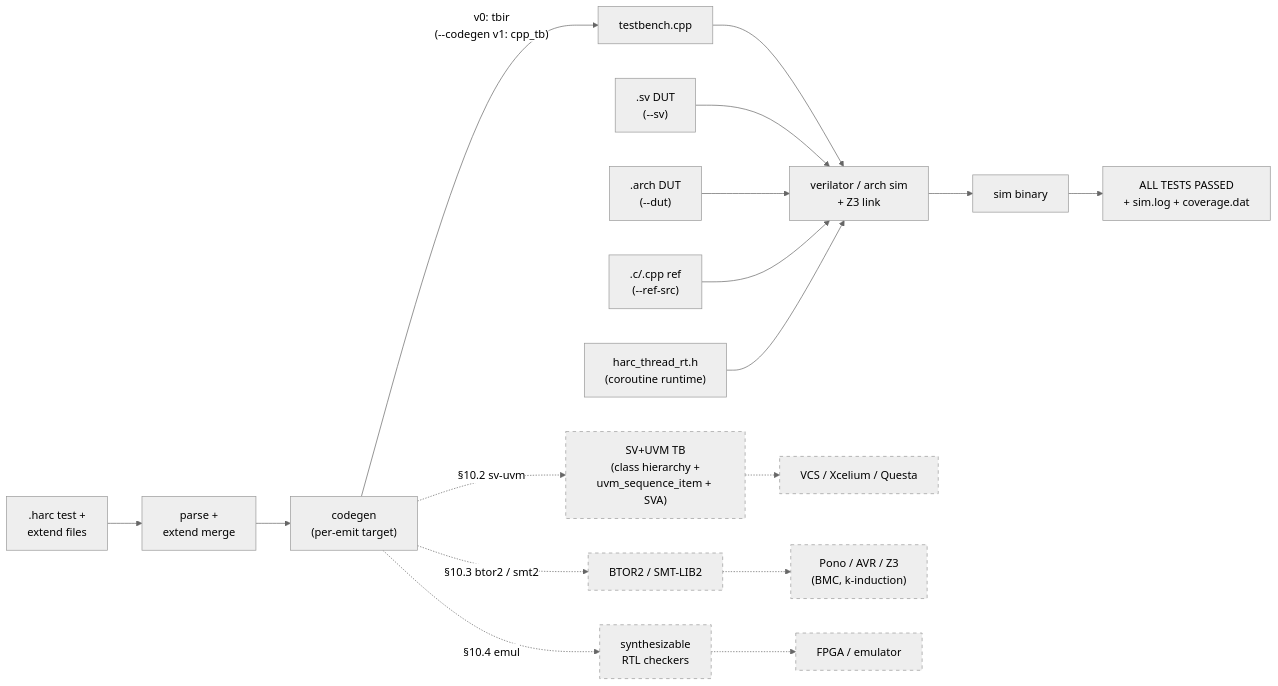
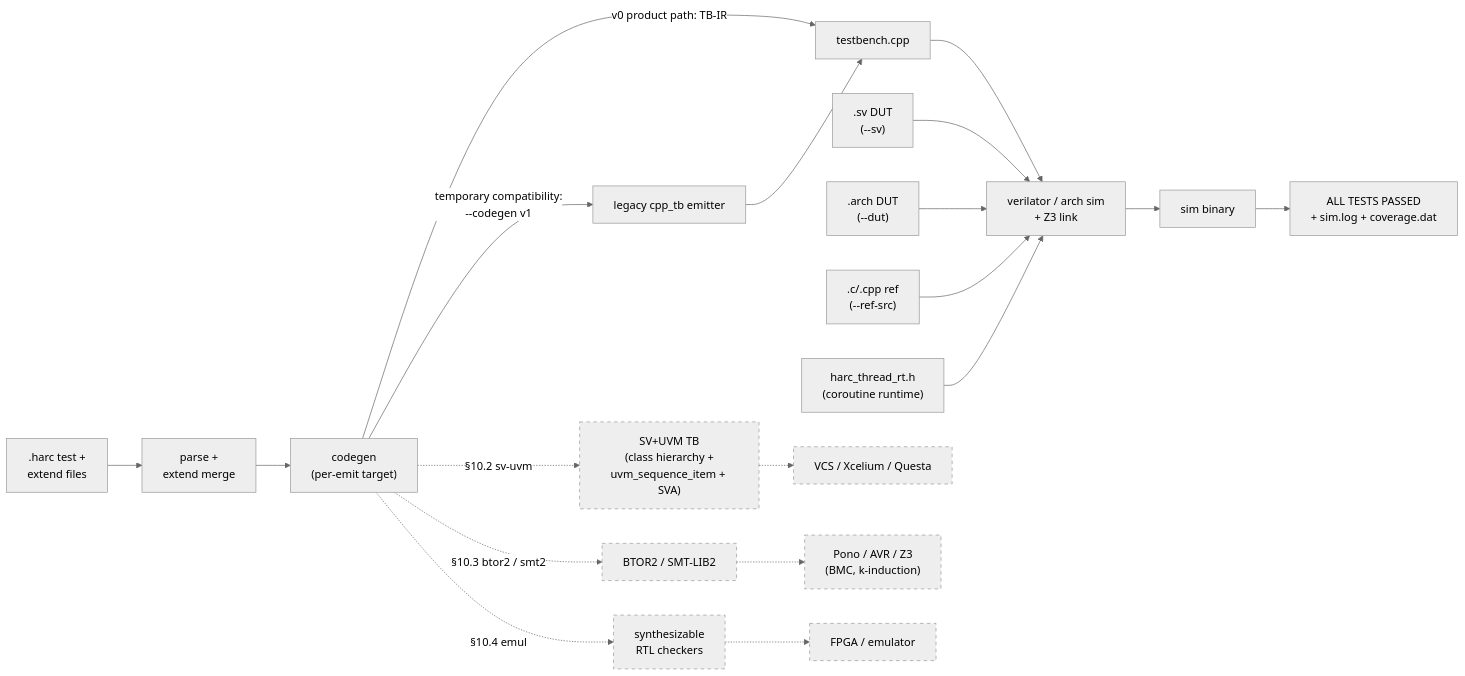
One commit to arch-hdl-lang/harc-com changed the diagram in README.md. Above: the diagram before and after it, drawn with Mermaid (neutral theme). The commit also changed other lines of this file and 7 other files, not shown here.

````diff
--- a/README.md
+++ b/README.md
@@ -138,36 +140,38 @@
 ```mermaid
 graph LR
     H[".harc test +<br/>extend files"]
     H --> Parse["parse +<br/>extend merge"]
     Parse --> Codegen["codegen<br/>(per-emit target)"]
 
-    Codegen -->|"v0: tbir<br/>(--codegen v1: cpp_tb)"| TB["testbench.cpp"]
+    Codegen -->|"v0 product path: TB-IR"| TB["testbench.cpp"]
+    Codegen -->|"temporary compatibility:<br/>--codegen v1"| V1["legacy cpp_tb emitter"]
+    V1 --> TB
     Codegen -.->|"§10.2 sv-uvm"| SVUVM["SV+UVM TB<br/>(class hierarchy +<br/>uvm_sequence_item + SVA)"]
     Codegen -.->|"§10.3 btor2 / smt2"| Formal["BTOR2 / SMT-LIB2"]
     Codegen -.->|"§10.4 emul"| Emul["synthesizable<br/>RTL checkers"]
 
     SV[".sv DUT<br/>(--sv)"]
     ARCH[".arch DUT<br/>(--dut)"]
     REF[".c/.cpp ref<br/>(--ref-src)"]
     RT["harc_thread_rt.h<br/>(coroutine runtime)"]
 
     TB --> Build["verilator / arch sim<br/>+ Z3 link"]
     SV --> Build
     ARCH --> Build
     REF --> Build
     RT --> Build
 
     Build --> Bin["sim binary"]
     Bin --> Out["ALL TESTS PASSED<br/>+ sim.log + coverage.dat"]
 
     SVUVM -.-> VendorSim["VCS / Xcelium / Questa"]
     Formal -.-> FormalTool["Pono / AVR / Z3<br/>(BMC, k-induction)"]
     Emul -.-> EmulPlatform["FPGA / emulator"]
 
     style SVUVM stroke-dasharray: 5 5
     style Formal stroke-dasharray: 5 5
     style Emul stroke-dasharray: 5 5
     style VendorSim stroke-dasharray: 5 5
     style FormalTool stroke-dasharray: 5 5
     style EmulPlatform stroke-dasharray: 5 5
 ```
````
